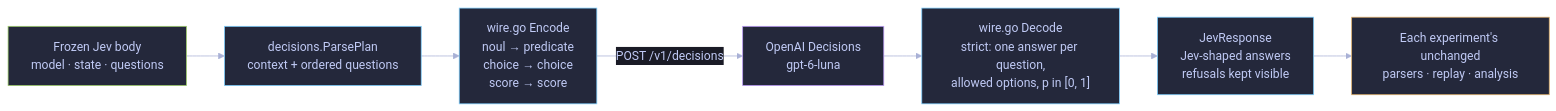
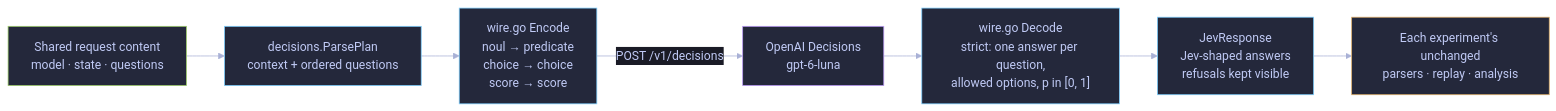
One commit to dorkitude/decision-model-testing changed the first of 2 diagrams in experiments/openai-decisions-adapter/README.md. Above: the diagram before and after it, drawn with Mermaid. The commit also changed other lines of this file and 57 other files, not shown here.

````diff
--- a/experiments/openai-decisions-adapter/README.md
+++ b/experiments/openai-decisions-adapter/README.md
@@ -40,18 +40,18 @@
 ```mermaid
 %%{init: {"theme": "base", "themeVariables": {"background": "#1a1b26", "primaryColor": "#24283b", "primaryTextColor": "#c0caf5", "textColor": "#c0caf5", "primaryBorderColor": "#7aa2f7", "lineColor": "#a9b1d6", "edgeLabelBackground": "#1a1b26"}}}%%
 flowchart LR
-    B["Frozen Jev body<br/>model · state · questions"] --> P["decisions.ParsePlan<br/>context + ordered questions"]
+    B["Shared request content<br/>model · state · questions"] --> P["decisions.ParsePlan<br/>context + ordered questions"]
     P --> E["wire.go Encode<br/>noul → predicate<br/>choice → choice<br/>score → score"]
     E -->|"POST /v1/decisions"| O["OpenAI Decisions<br/>gpt-6-luna"]
     O --> D["wire.go Decode<br/>strict: one answer per question,<br/>allowed options, p in [0, 1]"]
     D --> N["JevResponse<br/>Jev-shaped answers<br/>refusals kept visible"]
     N --> X["Each experiment's unchanged<br/>parsers · replay · analysis"]
     classDef shared fill:#24283b,stroke:#7dcfff,color:#c0caf5;
     classDef jev fill:#24283b,stroke:#9ece6a,color:#c0caf5;
     classDef decisions fill:#24283b,stroke:#bb9af7,color:#c0caf5;
     classDef score fill:#24283b,stroke:#e0af68,color:#c0caf5;
     class B jev;
     class P,E,D,N shared;
     class O decisions;
     class X score;
 ```
````
